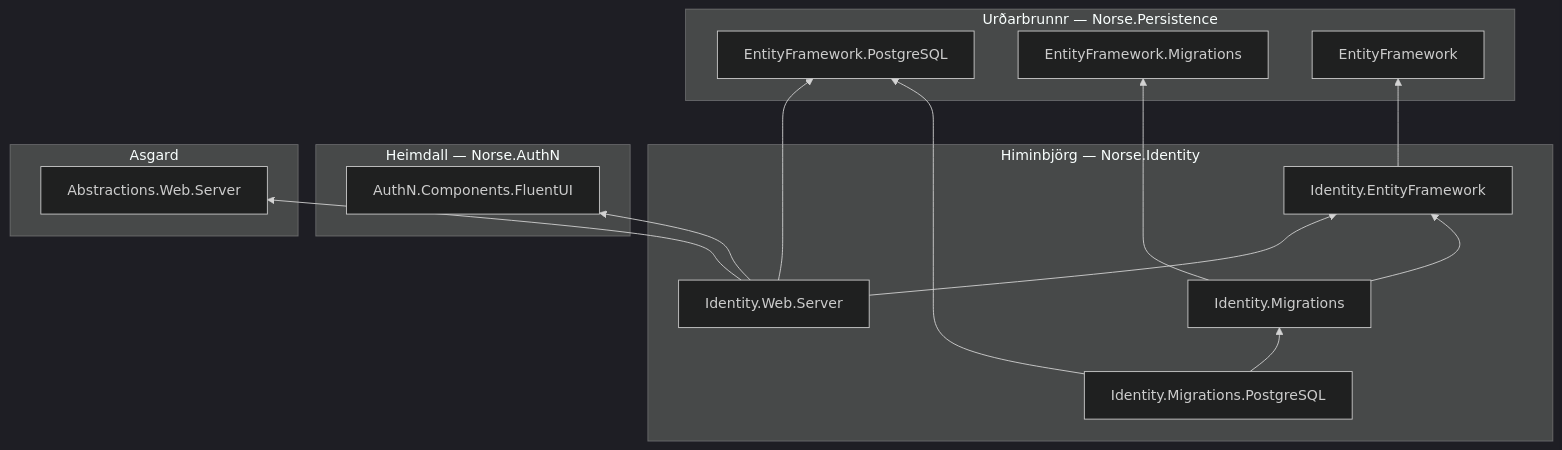
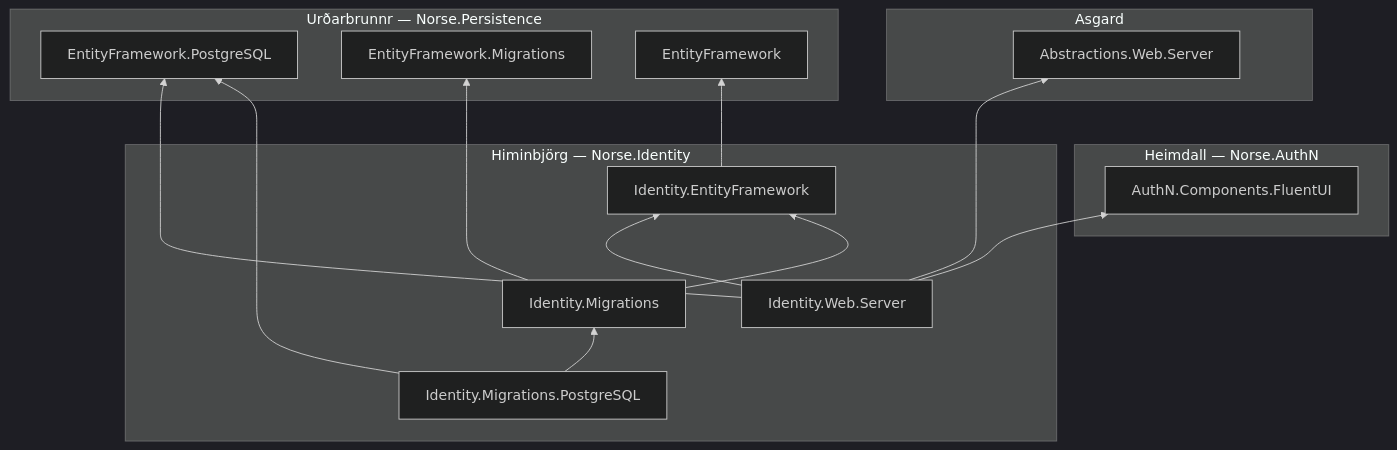
One commit to NorseArchitecture/Himinbjorg changed the diagram in README.md. Above: the diagram before and after it, drawn with Mermaid (dark theme).

Commit message:
Try mermaid hint

````diff
--- a/README.md
+++ b/README.md
@@ -21,29 +21,31 @@
 ```mermaid
 flowchart BT
 	subgraph Himinbjorg["Himinbjörg — Norse.Identity"]
 		MigrationsPg["Identity.Migrations.PostgreSQL"]
 		Migrations["Identity.Migrations"]
 		WebServer["Identity.Web.Server"]
 		EntityFramework["Identity.EntityFramework"]
 	end
 	subgraph Heimdall["Heimdall — Norse.AuthN"]
 		FluentUI["AuthN.Components.FluentUI"]
 	end
 	subgraph Asgard
 		WebServerLaw["Abstractions.Web.Server"]
 	end
 	subgraph Urdarbrunnr["Urðarbrunnr — Norse.Persistence"]
 		EFPg["EntityFramework.PostgreSQL"]
 		EFMigrations["EntityFramework.Migrations"]
 		EF["EntityFramework"]
 	end
 	WebServer --> EntityFramework
 	WebServer --> FluentUI
 	WebServer --> WebServerLaw
 	WebServer --> EFPg
 	EntityFramework --> EF
 	Migrations --> EntityFramework
 	Migrations --> EFMigrations
 	MigrationsPg --> Migrations
 	MigrationsPg --> EFPg
+	%% layout hint only, not a dependency — stacks Asgard above Heimdall in one column
+	FluentUI ~~~ WebServerLaw
 ```
````
